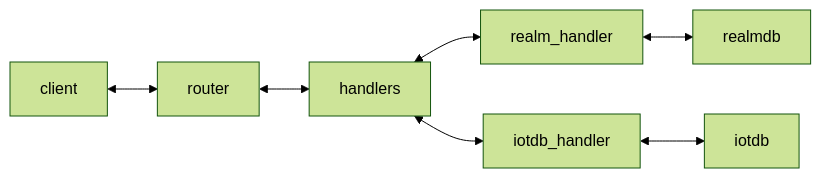
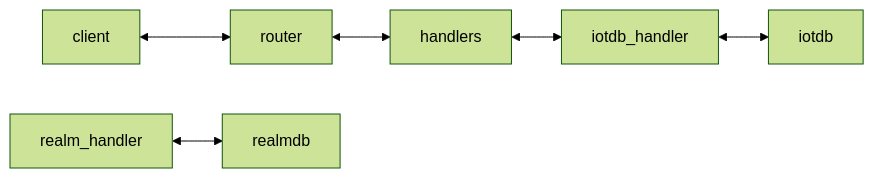
The diagram in cdsp/information-layer/README.md (COVESA/cdsp), drawn with Mermaid (forest theme) before and after one commit. The commit also changed other lines of this file and 1 other file, not shown here.

Commit message:
fix: remove realm leftovers

````diff
--- a/cdsp/information-layer/README.md
+++ b/cdsp/information-layer/README.md
@@ -13,9 +13,8 @@
 ```mermaid
 flowchart LR
     client <--> router
     router <--> handlers
-    handlers <--> realm_handler
     handlers <--> iotdb_handler
     realm_handler <--> realmdb
     iotdb_handler <--> iotdb
 ```
````
